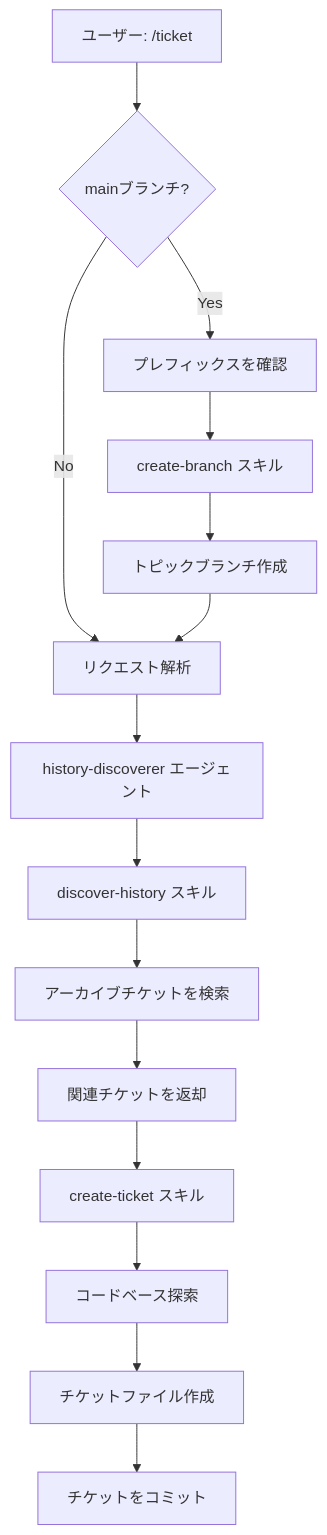
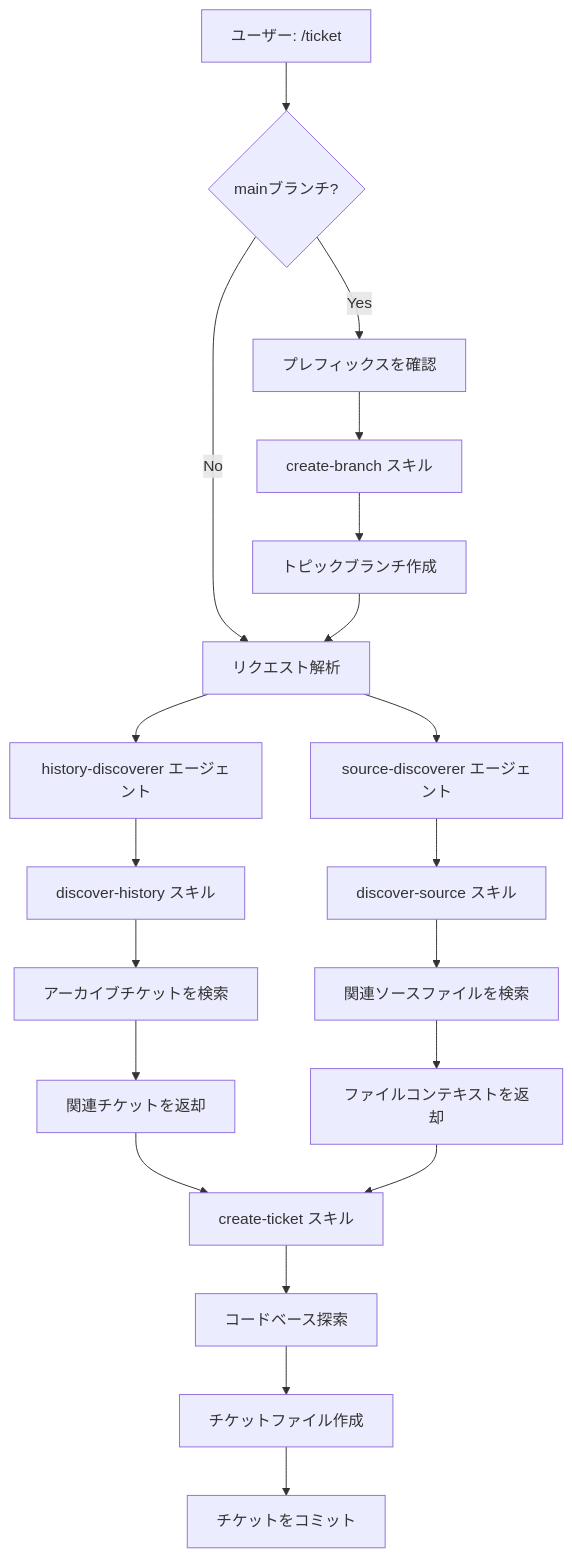
The first of 3 diagrams in .workaholic/specs/command-flows_ja.md (qmu/workaholic), drawn with Mermaid before and after one commit. The commit also changed other lines of this file and 16 other files, not shown here.

````diff
--- a/.workaholic/specs/command-flows_ja.md
+++ b/.workaholic/specs/command-flows_ja.md
@@ -30,17 +30,22 @@
 ```mermaid
 flowchart TD
     A[ユーザー: /ticket] --> B{mainブランチ?}
     B -->|Yes| C[プレフィックスを確認]
     C --> D[create-branch スキル]
     D --> E[トピックブランチ作成]
     B -->|No| F[リクエスト解析]
     E --> F
-    F --> G[history-discoverer エージェント]
-    G --> H[discover-history スキル]
-    H --> I[アーカイブチケットを検索]
-    I --> J[関連チケットを返却]
-    J --> K[create-ticket スキル]
-    K --> L[コードベース探索]
-    L --> M[チケットファイル作成]
-    M --> N[チケットをコミット]
+    F --> G1[history-discoverer エージェント]
+    F --> G2[source-discoverer エージェント]
+    G1 --> H[discover-history スキル]
+    G2 --> I[discover-source スキル]
+    H --> J[アーカイブチケットを検索]
+    I --> K[関連ソースファイルを検索]
+    J --> L[関連チケットを返却]
+    K --> M[ファイルコンテキストを返却]
+    L --> N[create-ticket スキル]
+    M --> N
+    N --> O[コードベース探索]
+    O --> P[チケットファイル作成]
+    P --> Q[チケットをコミット]
 ```
````
